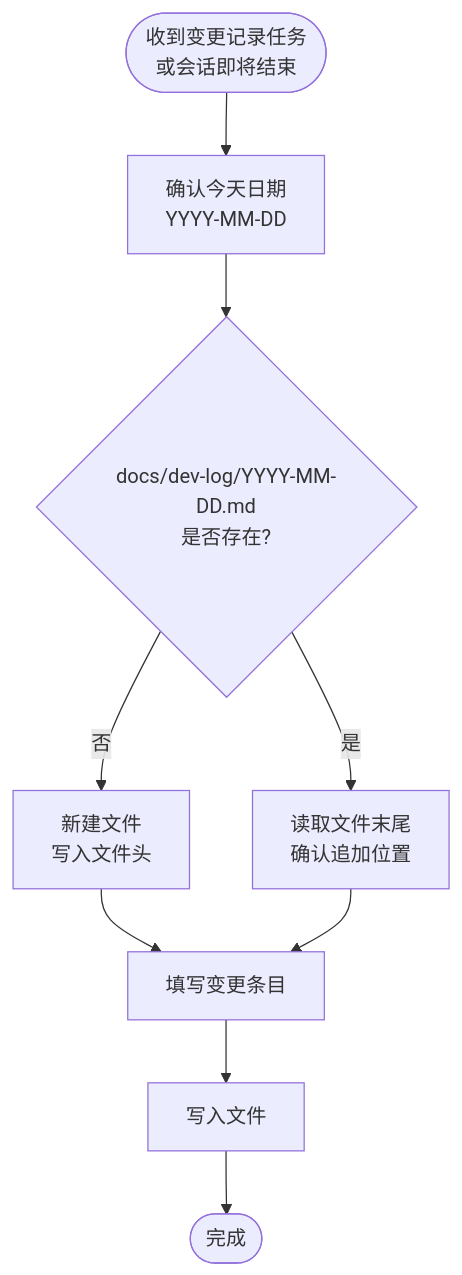
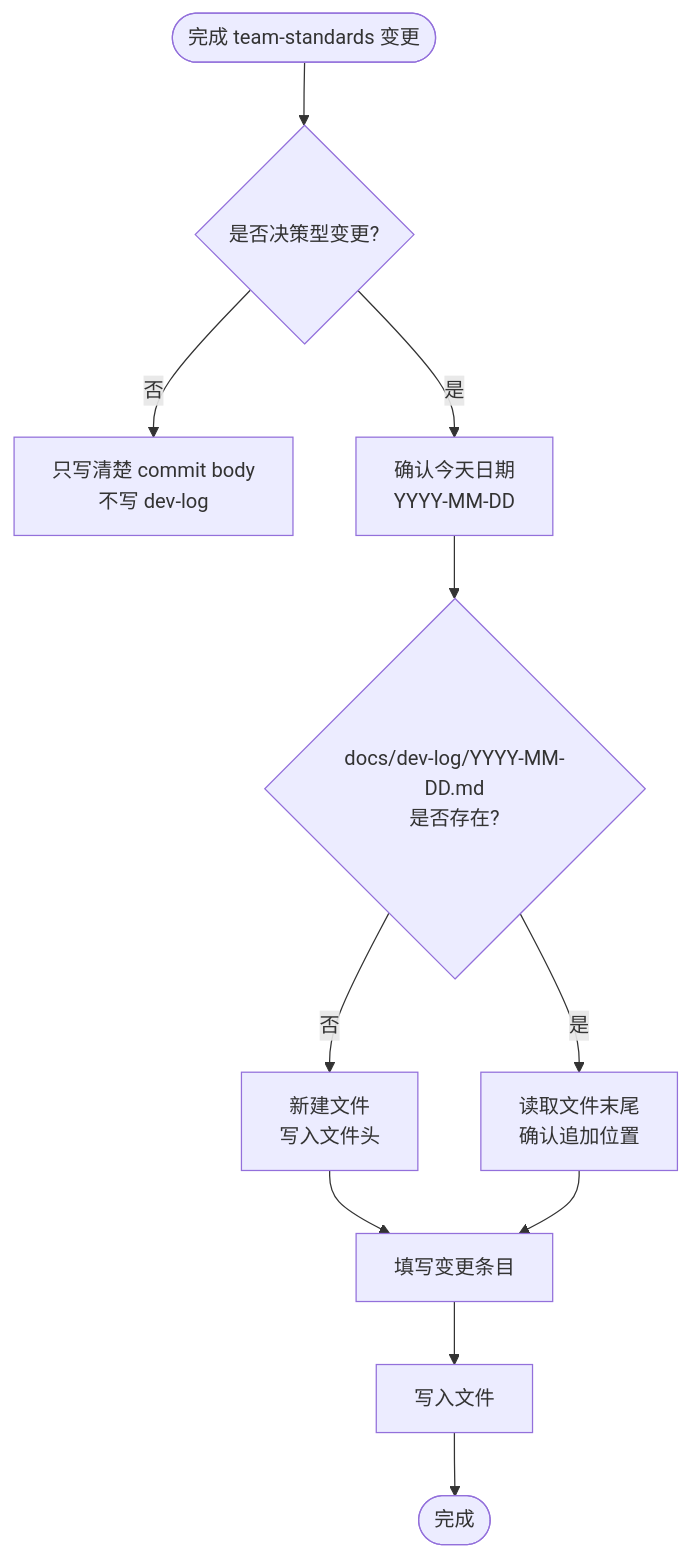
The diagram in skills/dev-log/SKILL.md (exception-coder/team-standards), drawn with Mermaid before and after one commit. The commit also changed other lines of this file and 8 other files, not shown here.

First line of the commit message:
docs(dev-log): 收窄开发日志触发范围

````diff
--- a/skills/dev-log/SKILL.md
+++ b/skills/dev-log/SKILL.md
@@ -32,11 +62,13 @@
 ```mermaid
 flowchart TD
-    A(["收到变更记录任务\n或会话即将结束"]) --> B["确认今天日期\nYYYY-MM-DD"]
+    A(["完成 team-standards 变更"]) --> GATE{"是否决策型变更?"}
+    GATE -->|"否"| SKIP["只写清楚 commit body\n不写 dev-log"]
+    GATE -->|"是"| B["确认今天日期\nYYYY-MM-DD"]
     B --> C{"docs/dev-log/YYYY-MM-DD.md\n是否存在?"}
     C -->|"否"| D["新建文件\n写入文件头"]
     C -->|"是"| E["读取文件末尾\n确认追加位置"]
     D --> F["填写变更条目"]
     E --> F
     F --> G["写入文件"]
     G --> H(["完成"])
 ```
````
